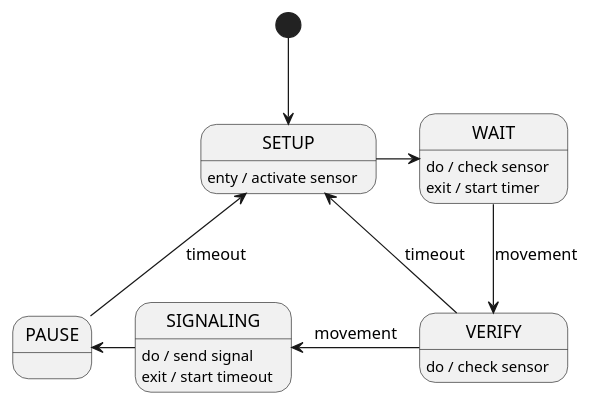
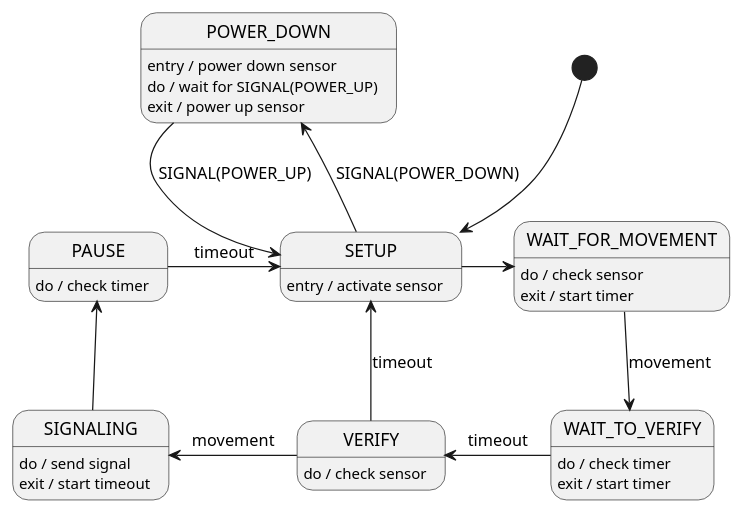
The diagram in src/modules/movement_detection/uml/movement_detection_state_machine.puml (smuuze/rpi_control_frmwrk), drawn with PlantUML before and after one commit. The commit also changed 10 other files, not shown here.

```diff
--- a/src/modules/movement_detection/uml/movement_detection_state_machine.puml
+++ b/src/modules/movement_detection/uml/movement_detection_state_machine.puml
@@ -1,34 +1,45 @@
 @startuml movement_detection_state_machine
 
 '***************************************************************************
 
 skinparam monochrome true
 ' skinparam linetype ortho
 
 '***************************************************************************
 
 ' folder "state: RPi-Control - Movement-Detection - State-Machine" 
 
 '***************************************************************************
 
 [*] --> SETUP
-SETUP : enty / activate sensor
+SETUP : entry / activate sensor
 
-SETUP -right-> WAIT
-WAIT : do / check sensor
-WAIT : exit / start timer
+SETUP -right-> WAIT_FOR_MOVEMENT
+WAIT_FOR_MOVEMENT : do / check sensor
+WAIT_FOR_MOVEMENT : exit / start timer
 
-WAIT -down-> VERIFY : movement
+WAIT_FOR_MOVEMENT -down-> WAIT_TO_VERIFY : movement
+WAIT_TO_VERIFY : do / check timer
+WAIT_TO_VERIFY : exit / start timer
+WAIT_TO_VERIFY -left-> VERIFY : timeout
+
 VERIFY : do / check sensor
 VERIFY -left-> SETUP : timeout
 
 VERIFY -left-> SIGNALING : movement
 SIGNALING : do / send signal
 SIGNALING : exit / start timeout
-SIGNALING -left-> PAUSE
+SIGNALING -up-> PAUSE
 
-PAUSE -up-> SETUP : timeout
+PAUSE -right-> SETUP : timeout
+PAUSE : do / check timer
+
+SETUP -up-> POWER_DOWN : SIGNAL(POWER_DOWN)
+POWER_DOWN : entry / power down sensor
+POWER_DOWN : do / wait for SIGNAL(POWER_UP)
+POWER_DOWN : exit / power up sensor
+POWER_DOWN --> SETUP : SIGNAL(POWER_UP)
 
 '***************************************************************************
 
 @enduml
```
